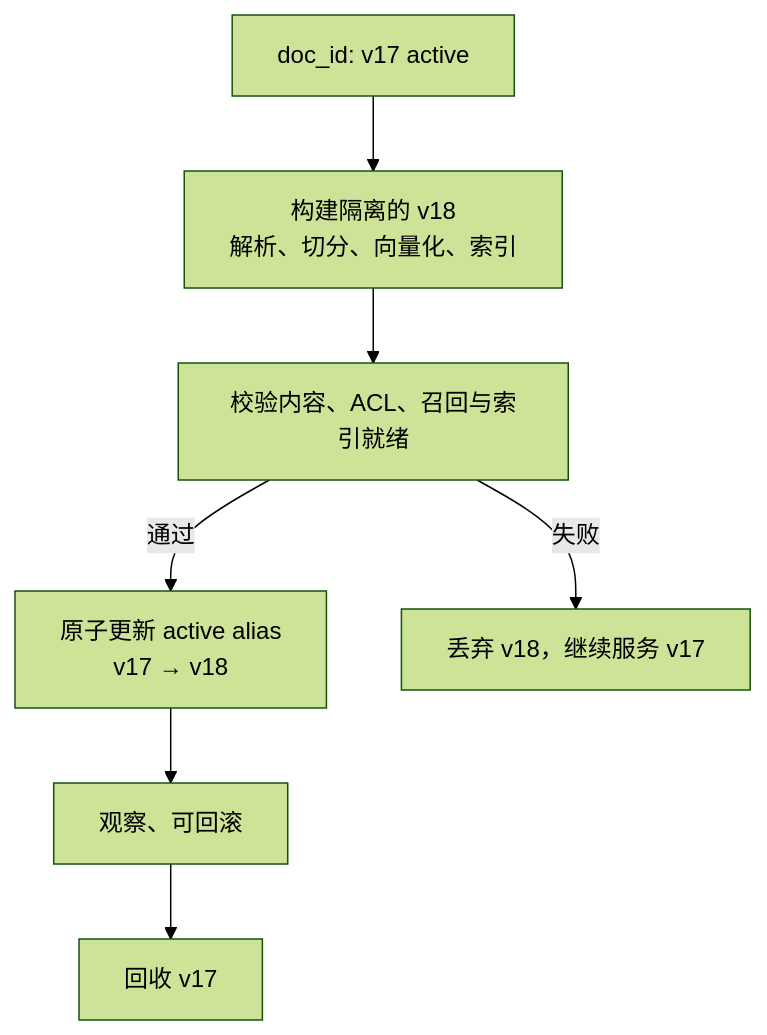
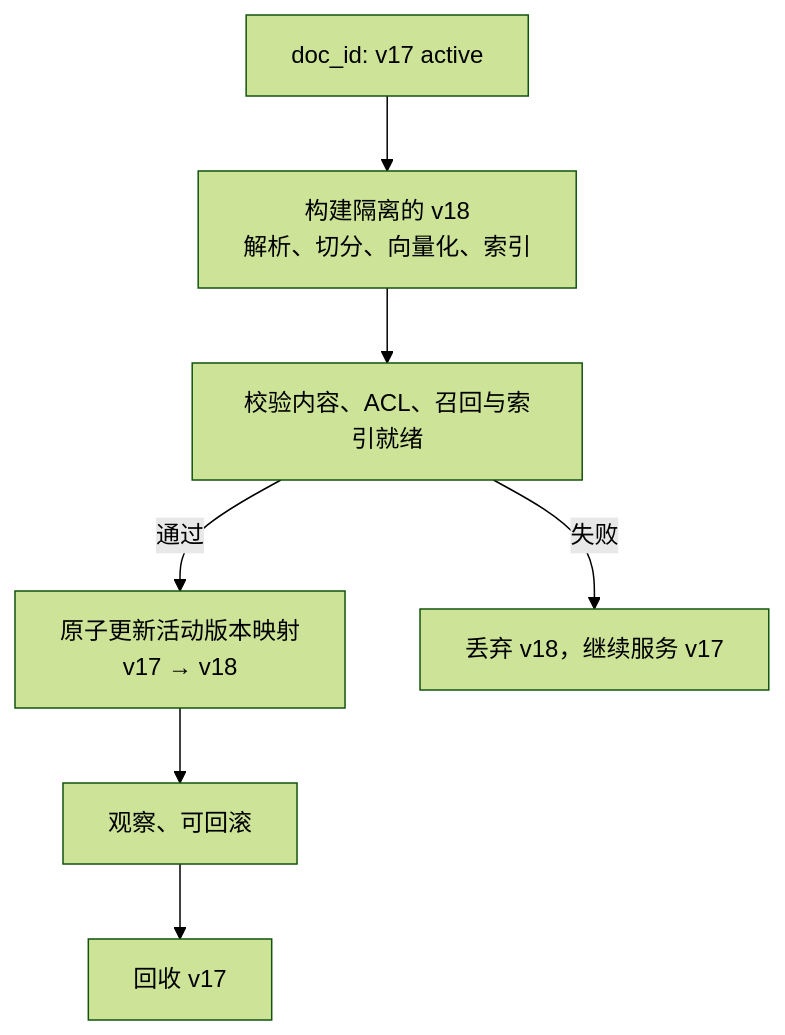
The second of 3 diagrams in docs/rag/06-operations-security/19-dynamic-update.md (oneleaveknowsthefall/awesome-ai-roadmap), drawn with Mermaid (forest theme) before and after one commit. The commit also changed other lines of this file and 24 other files, not shown here.

````diff
--- a/docs/rag/06-operations-security/19-dynamic-update.md
+++ b/docs/rag/06-operations-security/19-dynamic-update.md
@@ -52,9 +52,9 @@
 ```mermaid
 flowchart TB
     A[doc_id: v17 active] --> B[构建隔离的 v18<br/>解析、切分、向量化、索引]
     B --> C[校验内容、ACL、召回与索引就绪]
-    C -->|通过| D[原子更新 active alias<br/>v17 → v18]
+    C -->|通过| D[原子更新活动版本映射<br/>v17 → v18]
     C -->|失败| E[丢弃 v18，继续服务 v17]
     D --> F[观察、可回滚]
     F --> G[回收 v17]
 ```
````
